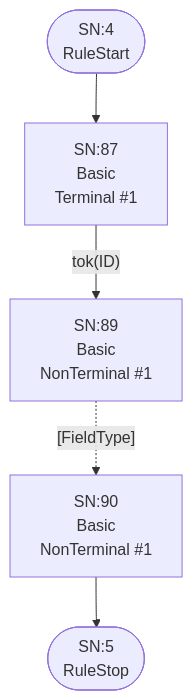
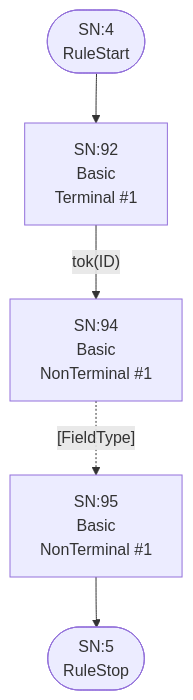
Before and after one commit to TypeFox/fastbelt: the third of 25 diagrams in internal/grammar/atn.md, drawn with Mermaid. The commit also changed other lines of this file and 13 other files, not shown here.

````diff
--- a/internal/grammar/atn.md
+++ b/internal/grammar/atn.md
@@ -105,13 +116,13 @@
 ```mermaid
 flowchart TD
     q4(["SN:4<br/>RuleStart"])
     q5(["SN:5<br/>RuleStop"])
-    q87["SN:87<br/>Basic<br/>Terminal #1"]
-    q88["SN:89<br/>Basic<br/>NonTerminal #1"]
-    q89["SN:90<br/>Basic<br/>NonTerminal #1"]
+    q92["SN:92<br/>Basic<br/>Terminal #1"]
+    q93["SN:94<br/>Basic<br/>NonTerminal #1"]
+    q94["SN:95<br/>Basic<br/>NonTerminal #1"]
 
-    q4 --> q87
-    q87 -->|"tok(ID)"| q88
-    q88 -.->|"[FieldType]"| q89
-    q89 --> q5
+    q4 --> q92
+    q92 -->|"tok(ID)"| q93
+    q93 -.->|"[FieldType]"| q94
+    q94 --> q5
 ```
````
